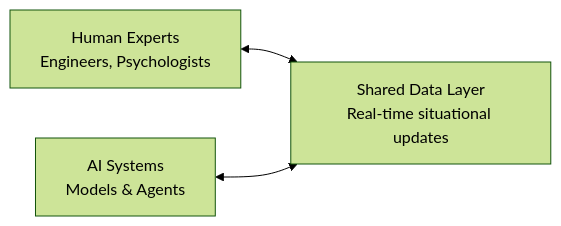
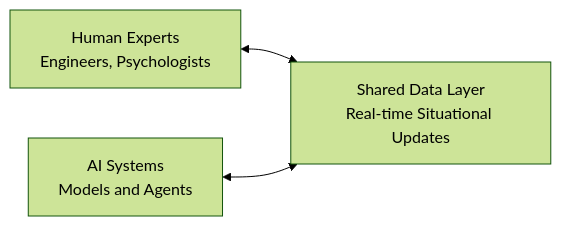
Before and after one commit to P4blo0o0/neurostiv-framework: the first of 2 diagrams in docs/extended-guide-v1.0.en.md, drawn with Mermaid (forest theme). The commit also changed other lines of this file, not shown here.

````diff
--- a/docs/extended-guide-v1.0.en.md
+++ b/docs/extended-guide-v1.0.en.md
@@ -221,9 +224,9 @@
 ```mermaid
 graph LR
   H[Human Experts<br/>Engineers, Psychologists]
-  SDL[Shared Data Layer<br/>Real-time situational updates]
-  AI[AI Systems<br/>Models & Agents]
+  SDL[Shared Data Layer<br/>Real-time Situational Updates]
+  AI[AI Systems<br/>Models and Agents]
 
   H <--> SDL
   AI <--> SDL
 ```
````
